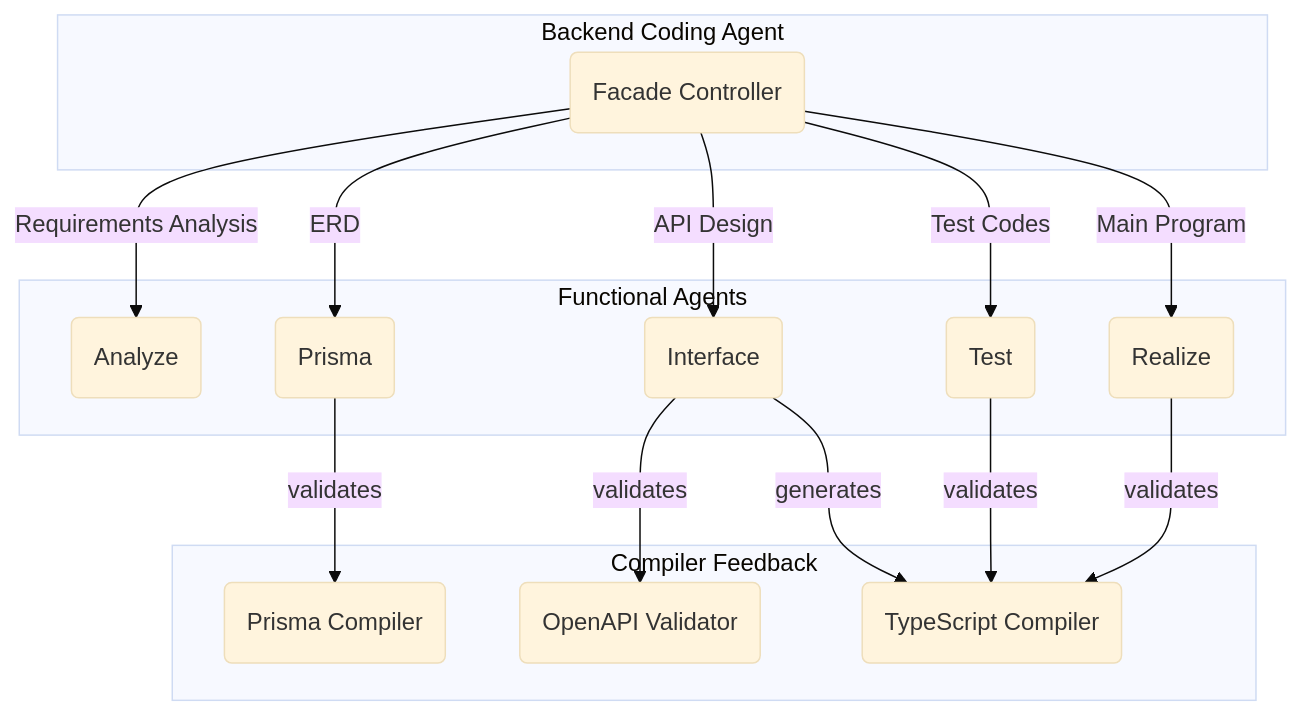
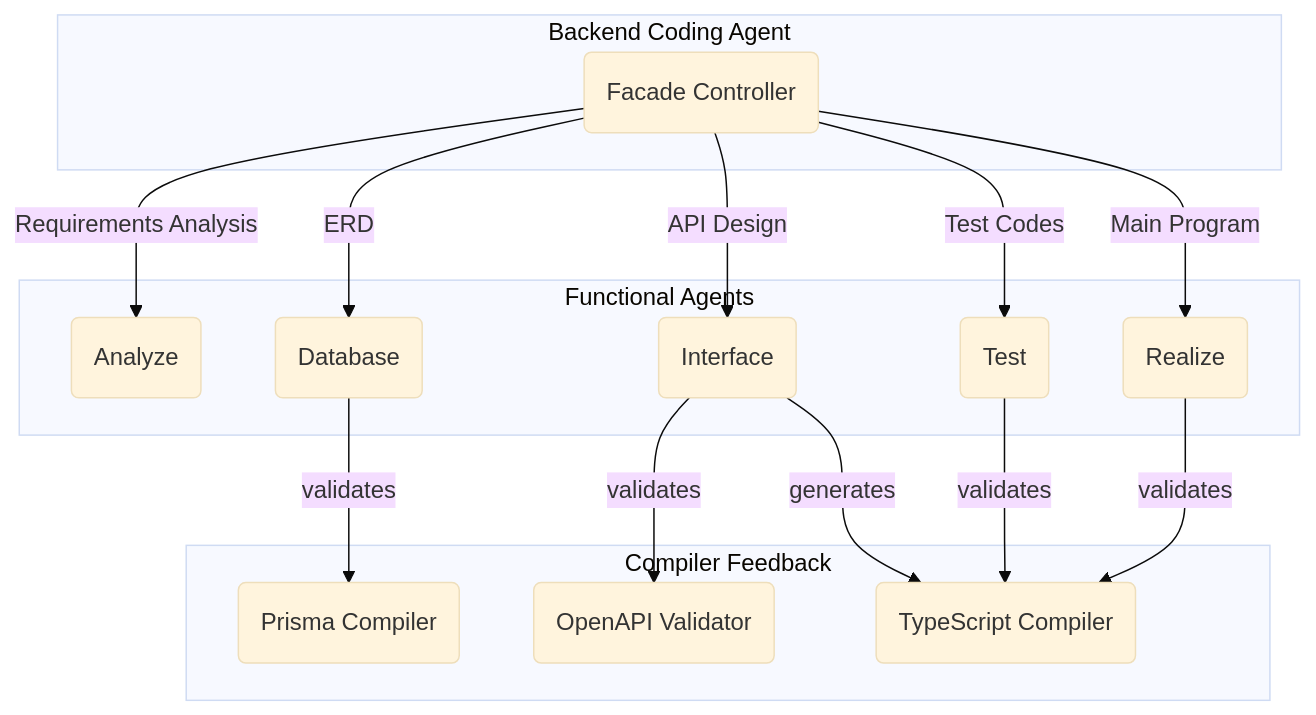
One commit to RavenView-ai/autobe changed the diagram in JOB-DESCRIPTION-KR.md. Above: the diagram before and after it, drawn with Mermaid (base theme). The commit also changed other lines of this file and 355 other files, not shown here.

First line of the commit message:
feat(interface): renaming from prisma to database (#886)

````diff
--- a/JOB-DESCRIPTION-KR.md
+++ b/JOB-DESCRIPTION-KR.md
@@ -31,20 +31,20 @@
 ```mermaid
 flowchart
 subgraph "Backend Coding Agent"
   coder("Facade Controller")
 end
 subgraph "Functional Agents"
   coder --"Requirements Analysis"--> analyze("Analyze")
-  coder --"ERD"--> prisma("Prisma")
+  coder --"ERD"--> database("Database")
   coder --"API Design"--> interface("Interface")
   coder --"Test Codes" --> test("Test")
   coder --"Main Program" --> realize("Realize")
 end
 subgraph "Compiler Feedback"
-  prisma --"validates" --> prismaCompiler("Prisma Compiler")
+  database --"validates" --> prismaCompiler("Prisma Compiler")
   interface --"validates" --> openapiValidator("OpenAPI Validator")
   interface --"generates" --> tsCompiler("TypeScript Compiler")
   test --"validates" --> tsCompiler("TypeScript Compiler")
   realize --"validates" --> tsCompiler("TypeScript Compiler")
 end
 ```
````
